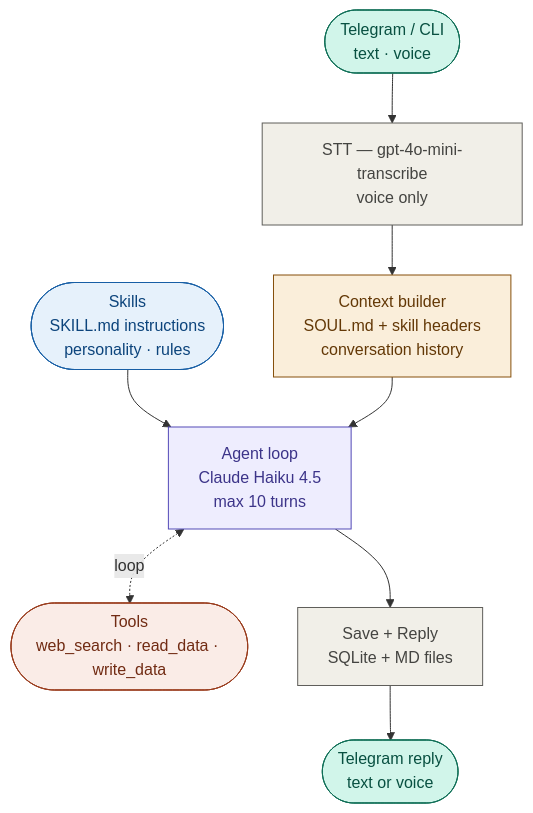
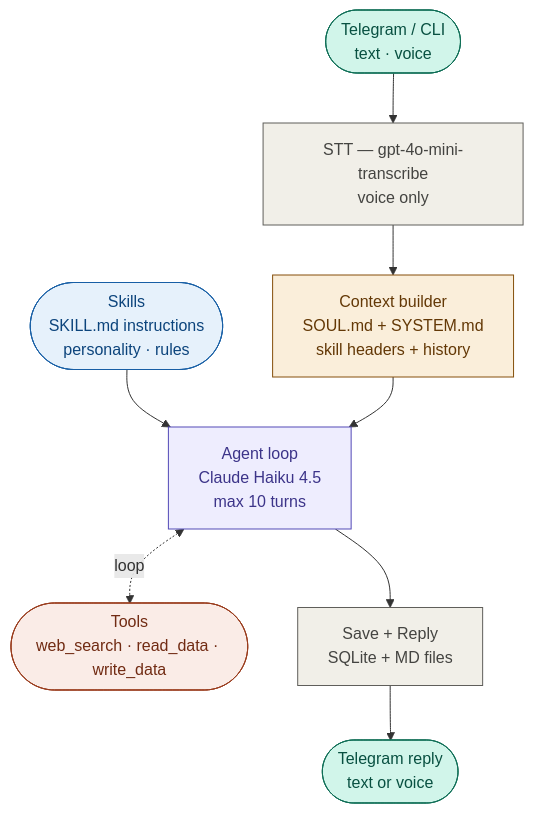
Before and after one commit to Liakhov/milo: the diagram in README.md, drawn with Mermaid. The commit also changed other lines of this file and 6 other files, not shown here.

Commit message:
docs: update all docs for SOUL/SYSTEM split

````diff
--- a/README.md
+++ b/README.md
@@ -20,21 +20,21 @@
 ```mermaid
 flowchart TD
     A([Telegram / CLI\ntext · voice]) --> B[STT — gpt-4o-mini-transcribe\nvoice only]
-    B --> C[Context builder\nSOUL.md + skill headers\nconversation history]
+    B --> C[Context builder\nSOUL.md + SYSTEM.md\nskill headers + history]
 
     E([Skills\nSKILL.md instructions\npersonality · rules]) --> D
     C --> D[Agent loop\nClaude Haiku 4.5\nmax 10 turns]
     D <-.loop.-> F([Tools\nweb_search · read_data · write_data])
 
     D --> H[Save + Reply\nSQLite + MD files]
     H --> I([Telegram reply\ntext or voice])
 
     style A fill:#d1f5ea,stroke:#0f6e56,color:#085041
     style I fill:#d1f5ea,stroke:#0f6e56,color:#085041
     style D fill:#eeedfe,stroke:#534ab7,color:#3c3489
     style C fill:#faeeda,stroke:#854f0b,color:#633806
     style E fill:#e6f1fb,stroke:#185fa5,color:#0c447c
     style F fill:#faece7,stroke:#993c1d,color:#712b13
     style B fill:#f1efe8,stroke:#5f5e5a,color:#444441
     style H fill:#f1efe8,stroke:#5f5e5a,color:#444441
 ```
````
